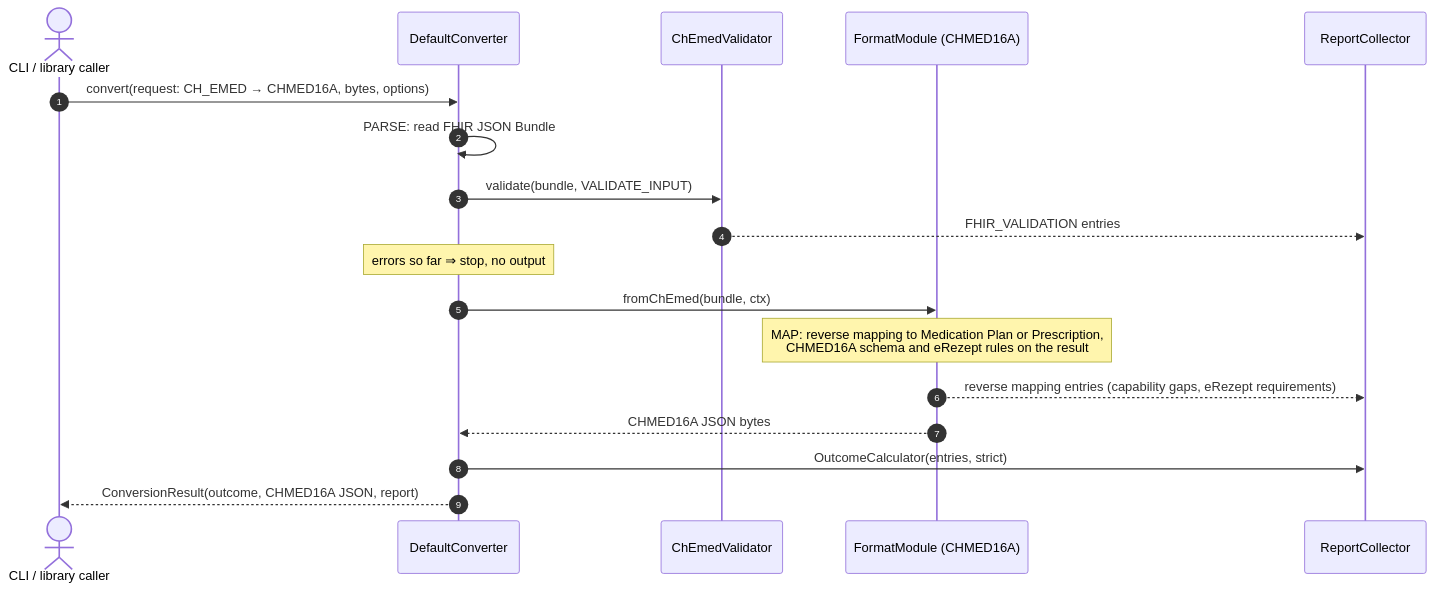
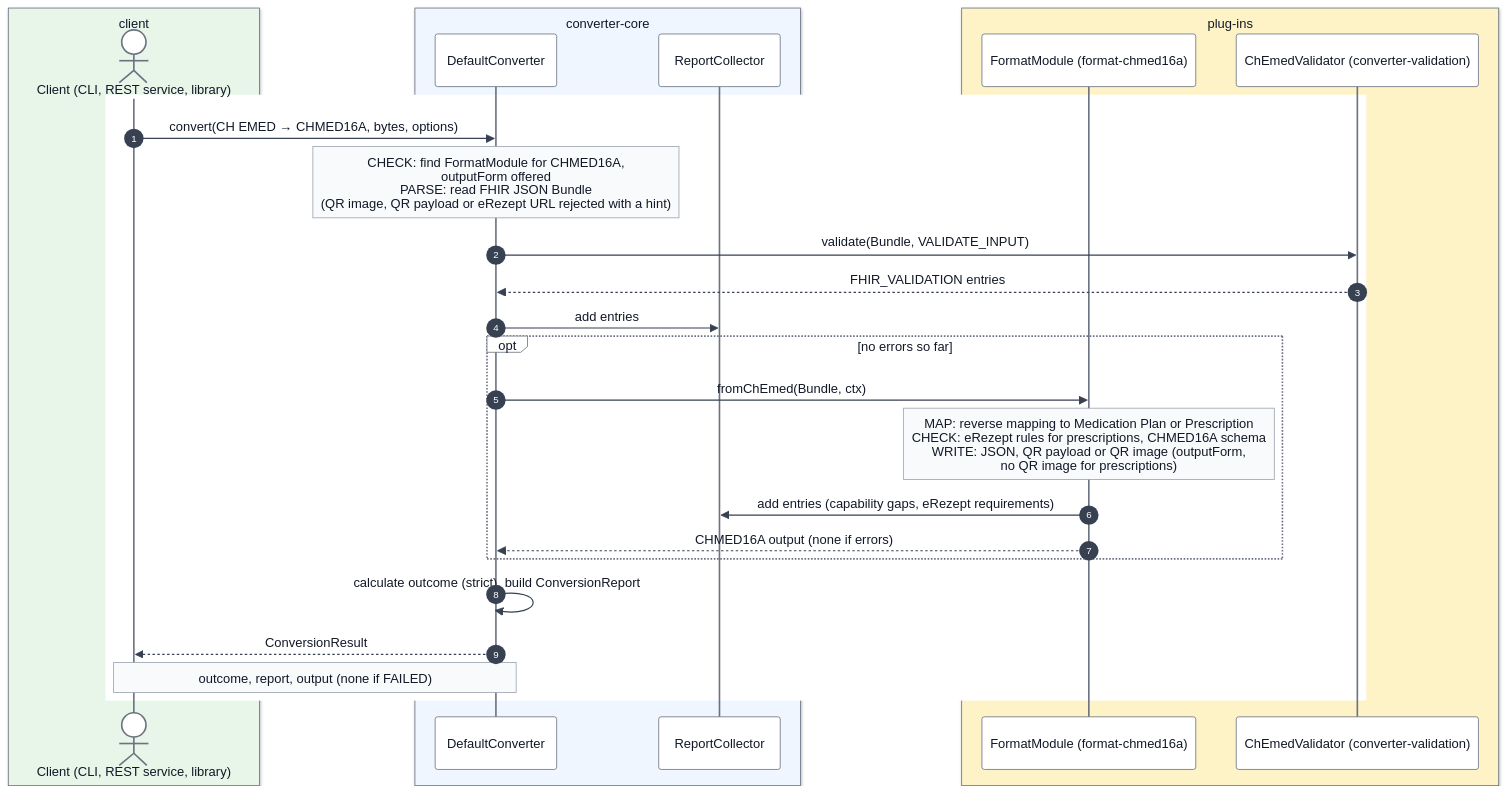
Before and after one commit to ehealthsuisse/ch-emed-converter: the third of 4 diagrams in docs/architecture.md, drawn with Mermaid. The commit also changed other lines of this file and 18 other files, not shown here.

First line of the commit message:
Feature 005: US3 (DIS, PADV, PML through CLI and REST), architecture

````diff
--- a/docs/architecture.md
+++ b/docs/architecture.md
@@ -121,21 +135,33 @@
 ```mermaid
+%%{init: {"theme": "base", "look": "classic", "themeVariables": {"primaryColor": "#ffffff", "primaryBorderColor": "#6b7280", "primaryTextColor": "#111827", "lineColor": "#374151", "actorBkg": "#ffffff", "actorBorder": "#6b7280", "actorTextColor": "#111827", "actorLineColor": "#6b7280", "signalColor": "#374151", "signalTextColor": "#111827", "labelBoxBkgColor": "#ffffff", "labelBoxBorderColor": "#6b7280", "labelTextColor": "#111827", "loopTextColor": "#111827", "noteBkgColor": "#f9fafb", "noteBorderColor": "#9ca3af", "noteTextColor": "#111827", "sequenceNumberColor": "#ffffff"}}}%%
 sequenceDiagram
     autonumber
-    actor Caller as CLI / library caller
-    participant C as DefaultConverter
-    participant V as ChEmedValidator
-    participant F as FormatModule (CHMED16A)
-    participant R as ReportCollector
+    box rgb(232,245,233) client
+        actor Caller as Client (CLI, REST service, library)
+    end
+    box rgb(239,246,255) converter-core
+        participant C as DefaultConverter
+        participant R as ReportCollector
+    end
+    box rgb(254,243,199) plug-ins
+        participant F as FormatModule (format-chmed16a)
+        participant V as ChEmedValidator (converter-validation)
+    end
 
-    Caller->>C: convert(request: CH_EMED → CHMED16A, bytes, options)
-    C->>C: PARSE: read FHIR JSON Bundle
-    C->>V: validate(bundle, VALIDATE_INPUT)
-    V-->>R: FHIR_VALIDATION entries
-    Note over C: errors so far ⇒ stop, no output
-    C->>F: fromChEmed(bundle, ctx)
-    Note over F: MAP: reverse mapping to Medication Plan or Prescription,<br/>CHMED16A schema and eRezept rules on the result
-    F-->>R: reverse mapping entries (capability gaps, eRezept requirements)
-    F-->>C: CHMED16A JSON bytes
-    C->>R: OutcomeCalculator(entries, strict)
-    C-->>Caller: ConversionResult(outcome, CHMED16A JSON, report)
+    rect rgb(255,255,255)
+        Caller->>C: convert(CH EMED → CHMED16A, bytes, options)
+        Note over C: CHECK: find FormatModule for CHMED16A,<br/>outputForm offered<br/>PARSE: read FHIR JSON Bundle<br/>(QR image, QR payload or eRezept URL rejected with a hint)
+        C->>V: validate(Bundle, VALIDATE_INPUT)
+        V-->>C: FHIR_VALIDATION entries
+        C->>R: add entries
+        opt no errors so far
+            C->>F: fromChEmed(Bundle, ctx)
+            Note over F: MAP: reverse mapping to Medication Plan or Prescription<br/>CHECK: eRezept rules for prescriptions, CHMED16A schema<br/>WRITE: JSON, QR payload or QR image (outputForm,<br/>no QR image for prescriptions)
+            F->>R: add entries (capability gaps, eRezept requirements)
+            F-->>C: CHMED16A output (none if errors)
+        end
+        C->>C: calculate outcome (strict), build ConversionReport
+        C-->>Caller: ConversionResult
+        Note over Caller,C: outcome, report, output (none if FAILED)
+    end
 ```
````
